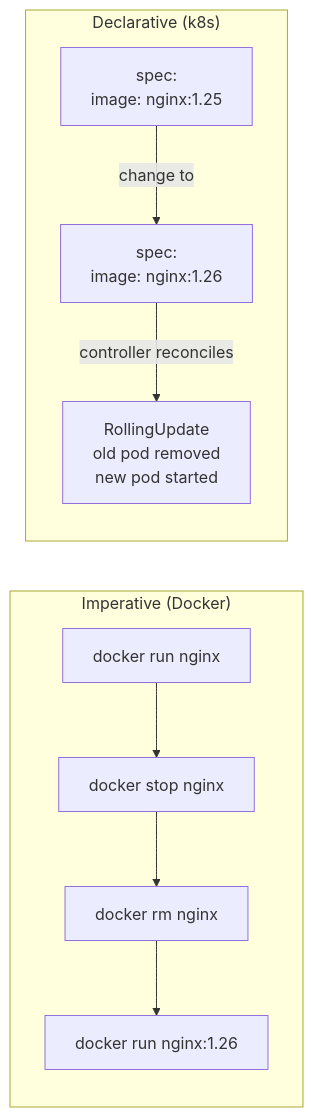
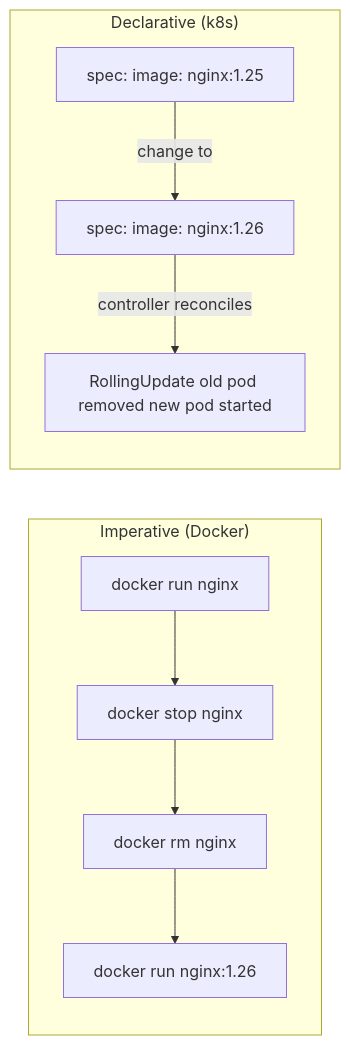
The seventh of 7 diagrams in 17_docker_to_k3s/01_mental_model_shift.md (UncleJS/course_k3s), drawn with Mermaid before and after one commit. The commit also changed other lines of this file and 57 other files, not shown here.

````diff
--- a/17_docker_to_k3s/01_mental_model_shift.md
+++ b/17_docker_to_k3s/01_mental_model_shift.md
@@ -451,10 +451,10 @@
 ```mermaid
 flowchart LR
     subgraph Imperative["Imperative (Docker)"]
         D1[docker run nginx] --> D2[docker stop nginx] --> D3[docker rm nginx] --> D4[docker run nginx:1.26]
     end
     subgraph Declarative["Declarative (k8s)"]
-        K1[spec:\n  image: nginx:1.25] -->|change to| K2[spec:\n  image: nginx:1.26]
-        K2 -->|controller reconciles| K3[RollingUpdate\nold pod removed\nnew pod started]
+        K1[spec:   image: nginx:1.25] -->|change to| K2[spec:   image: nginx:1.26]
+        K2 -->|controller reconciles| K3[RollingUpdate old pod removed new pod started]
     end
 ```
````
